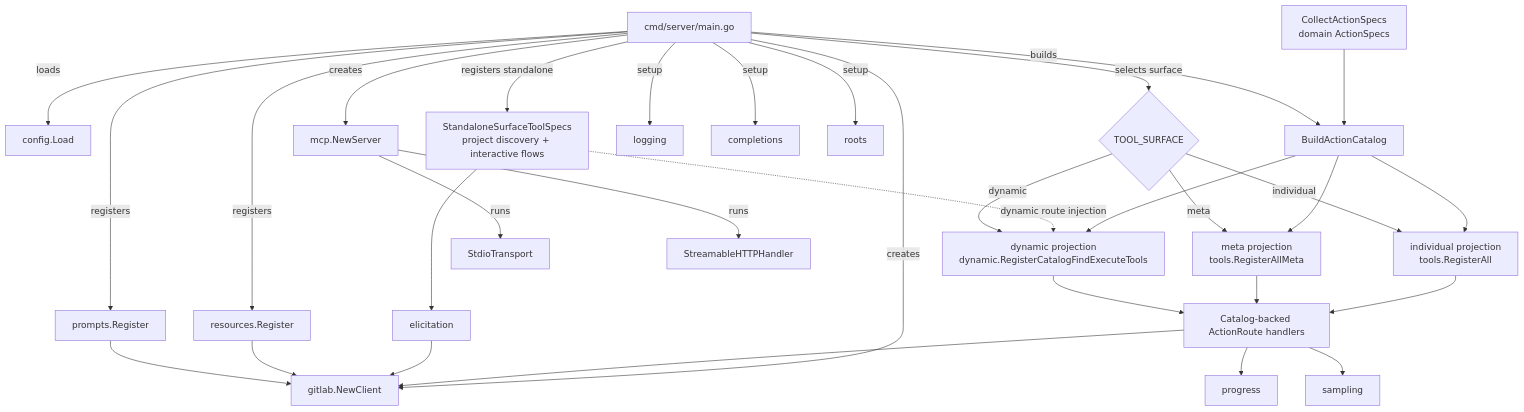
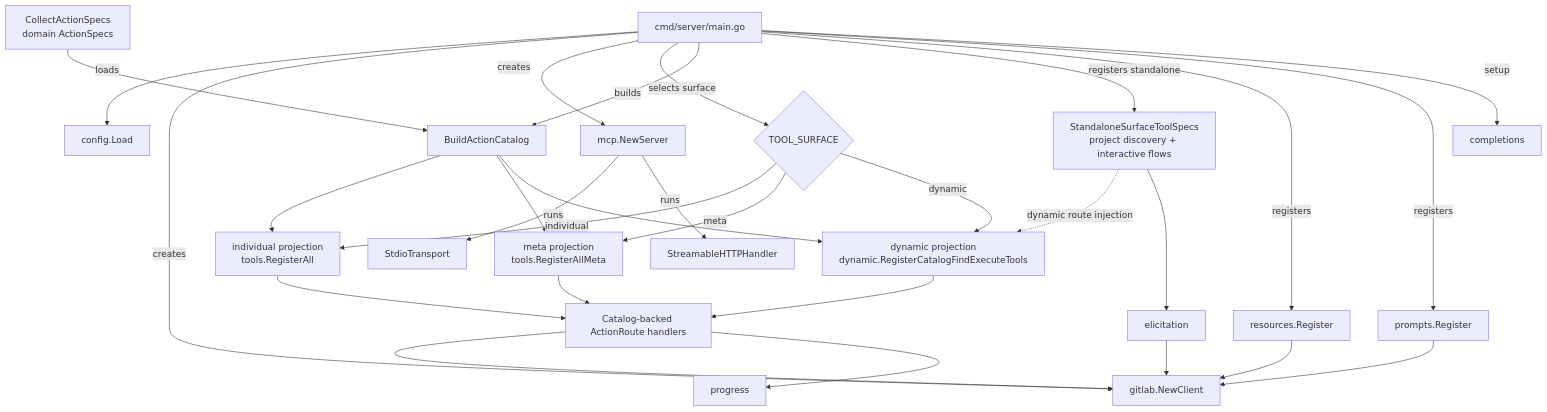
One commit to jmrplens/gitlab-mcp-server changed the first of 2 diagrams in docs/development/development.md. Above: the diagram before and after it, drawn with Mermaid. The commit also changed other lines of this file and 198 other files, not shown here.

````diff
--- a/docs/development/development.md
+++ b/docs/development/development.md
@@ -67,34 +64,31 @@
 ```mermaid
 graph TD
     MAIN[cmd/server/main.go] -->|loads| CFG[config.Load]
     MAIN -->|creates| GL[gitlab.NewClient]
     MAIN -->|creates| SRV[mcp.NewServer]
     MAIN -->|selects surface| SURFACE{TOOL_SURFACE}
     SPECS[CollectActionSpecs<br/>domain ActionSpecs] --> CATALOG[BuildActionCatalog]
     MAIN -->|builds| CATALOG
     CATALOG --> IND[individual projection<br/>tools.RegisterAll]
     CATALOG --> META[meta projection<br/>tools.RegisterAllMeta]
     CATALOG --> DYN[dynamic projection<br/>dynamic.RegisterCatalogFindExecuteTools]
     STANDALONE[StandaloneSurfaceToolSpecs<br/>project discovery + interactive flows] -.->|dynamic route injection| DYN
     SURFACE -->|individual| IND
     SURFACE -->|meta| META
     SURFACE -->|dynamic| DYN
     IND --> PROJECTION[Catalog-backed ActionRoute handlers]
     META --> PROJECTION
     DYN --> PROJECTION
     MAIN -->|registers standalone| STANDALONE
     MAIN -->|registers| RES[resources.Register]
     MAIN -->|registers| PROMPTS[prompts.Register]
-    MAIN -->|setup| LOG[logging]
     MAIN -->|setup| COMP[completions]
-    MAIN -->|setup| ROOTS[roots]
     SRV -->|runs| STDIO[StdioTransport]
     SRV -->|runs| HTTP[StreamableHTTPHandler]
     PROJECTION --> GL
     PROJECTION --> PROG[progress]
-    PROJECTION --> SAMP[sampling]
     STANDALONE --> ELIC[elicitation]
     ELIC --> GL
     RES --> GL
     PROMPTS --> GL
 ```
````
